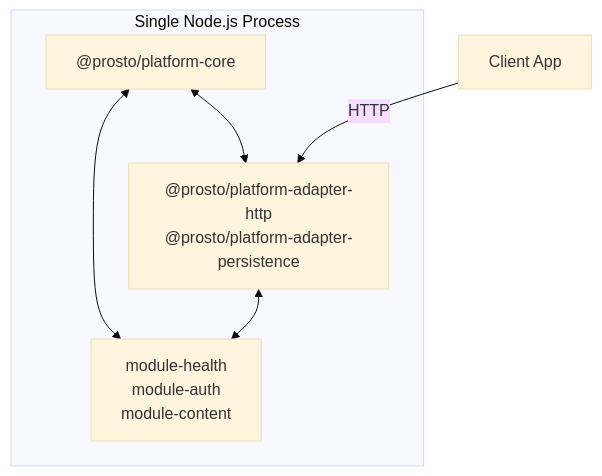
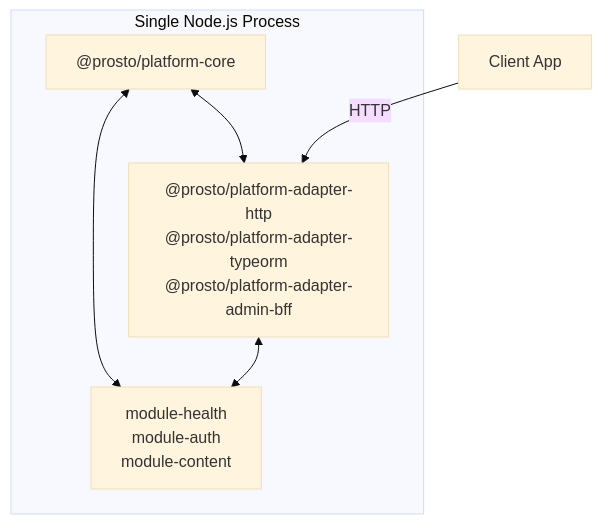
Before and after one commit to prosto-systems/prosto-platform: the second of 3 diagrams in .context/02-architecture-design/03-architecture-evolution-path.md, drawn with Mermaid (base theme). The commit also changed 128 other files, not shown here.

Commit message:
feat(sdk,core,adapter-typeorm): add TypeORM adapter

````diff
--- a/.context/02-architecture-design/03-architecture-evolution-path.md
+++ b/.context/02-architecture-design/03-architecture-evolution-path.md
@@ -32,14 +32,14 @@
 ```mermaid
 flowchart TB
   subgraph Process["Single Node.js Process"]
     Kernel["@prosto/platform-core"]
-    Adapters["@prosto/platform-adapter-http<br/>@prosto/platform-adapter-persistence"]
+    Adapters["@prosto/platform-adapter-http<br/>@prosto/platform-adapter-typeorm<br/>@prosto/platform-adapter-admin-bff"]
     Modules["module-health<br/>module-auth<br/>module-content"]
 
     Kernel <--> Adapters
     Adapters <--> Modules
     Kernel <--> Modules
   end
 
   Client[Client App] -->|HTTP| Adapters
 ```
````
